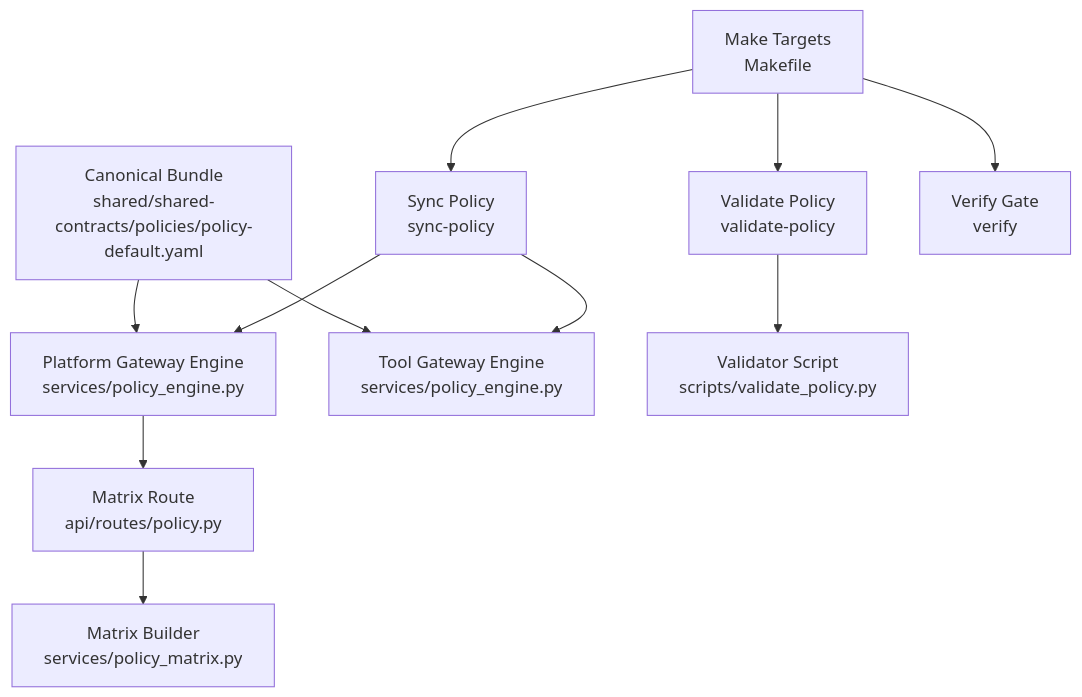
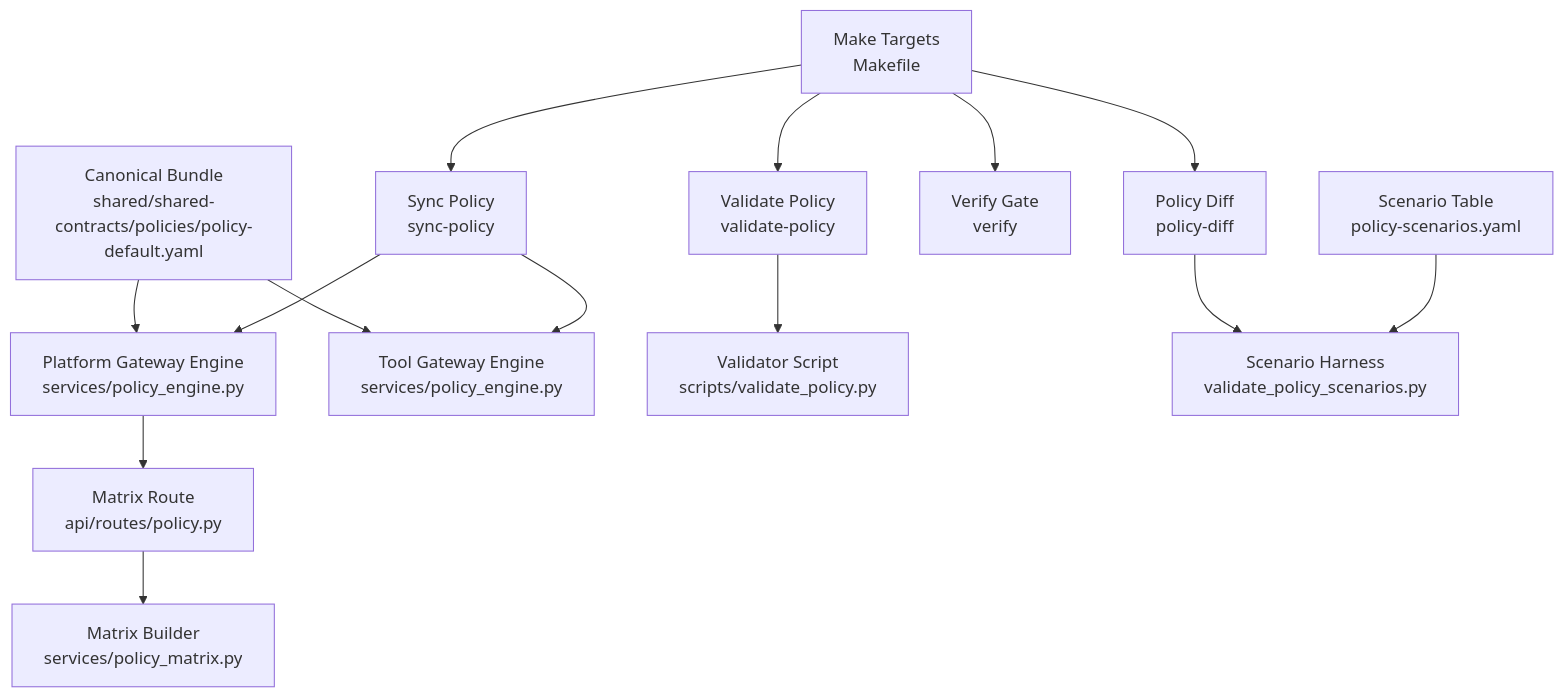
The first of 7 diagrams in .qoder/repowiki/en/content/Policy Management/Policy Rollout Controls Spike.md (metasync/luban-aiops), drawn with Mermaid before and after one commit. The commit also changed other lines of this file and 16 other files, not shown here.

````diff
--- a/.qoder/repowiki/en/content/Policy Management/Policy Rollout Controls Spike.md
+++ b/.qoder/repowiki/en/content/Policy Management/Policy Rollout Controls Spike.md
@@ -38,13 +51,16 @@
 ```mermaid
 graph TB
 A["Canonical Bundle<br/>shared/shared-contracts/policies/policy-default.yaml"] --> B["Platform Gateway Engine<br/>services/policy_engine.py"]
 A --> C["Tool Gateway Engine<br/>services/policy_engine.py"]
 B --> D["Matrix Route<br/>api/routes/policy.py"]
 D --> E["Matrix Builder<br/>services/policy_matrix.py"]
 F["Make Targets<br/>Makefile"] --> G["Sync Policy<br/>sync-policy"]
 F --> H["Validate Policy<br/>validate-policy"]
 F --> I["Verify Gate<br/>verify"]
+F --> J["Policy Diff<br/>policy-diff"]
 G --> B
 G --> C
-H --> J["Validator Script<br/>scripts/validate_policy.py"]
+H --> K["Validator Script<br/>scripts/validate_policy.py"]
+J --> L["Scenario Harness<br/>validate_policy_scenarios.py"]
+M["Scenario Table<br/>policy-scenarios.yaml"] --> L
 ```
````
